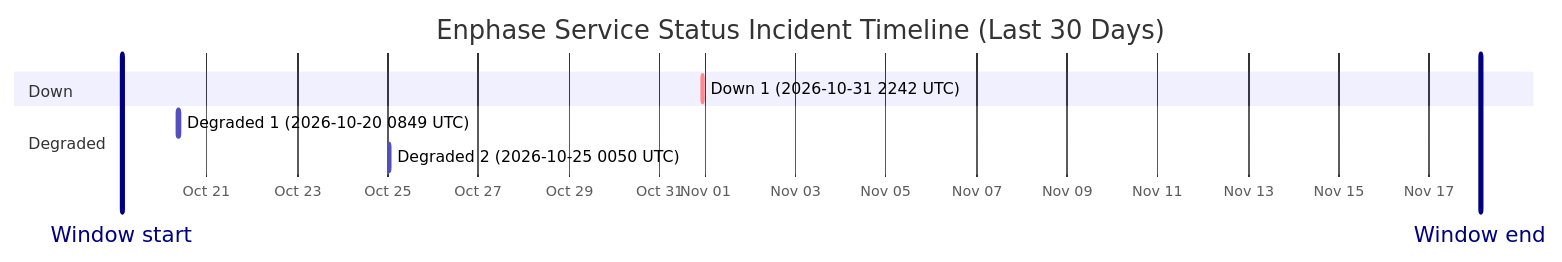
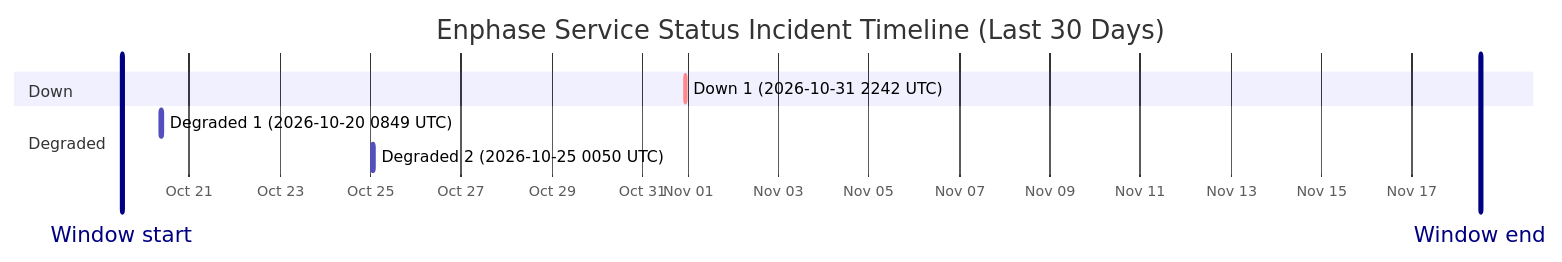
One commit to barneyonline/ha-enphase-energy changed the diagram in wiki/Service-Status-History.md. Above: the diagram before and after it, drawn with Mermaid. The commit also changed other lines of this file and 3 other files, not shown here.

````diff
--- a/wiki/Service-Status-History.md
+++ b/wiki/Service-Status-History.md
@@ -14,13 +14,13 @@
 ```mermaid
 gantt
     title Enphase Service Status Incident Timeline (Last 30 Days)
     dateFormat  YYYY-MM-DDTHH:mm:ss
     axisFormat  %b %d
-    Window start :vert, window-start, 2026-10-19T03:01:43, 0ms
-    Window end :vert, window-end, 2026-11-18T03:01:43, 0ms
+    Window start :vert, window-start, 2026-10-19T12:03:09, 0ms
+    Window end :vert, window-end, 2026-11-18T12:03:09, 0ms
     section Down
     Down 1 (2026-10-31 2242 UTC) :crit, down-1, 2026-10-31T22:42:18, 60m
     section Degraded
     Degraded 1 (2026-10-20 0849 UTC) :active, degraded-1, 2026-10-20T08:49:49, 60m
     Degraded 2 (2026-10-25 0050 UTC) :active, degraded-2, 2026-10-25T00:50:01, 60m
 ```
````
